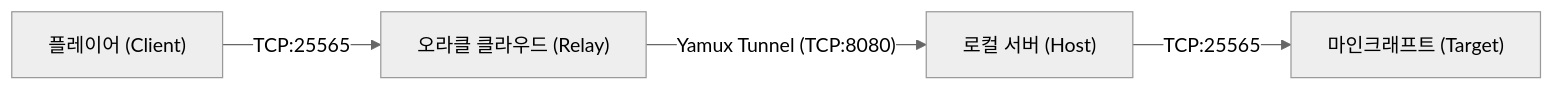
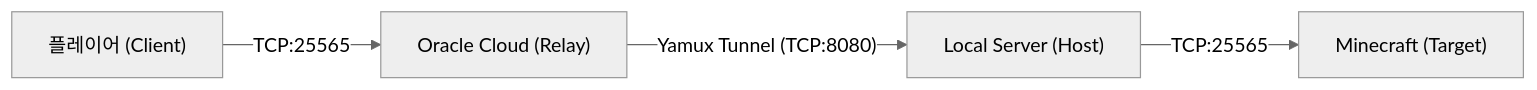
One commit to nemoproj/tunnel changed the diagram in README.md. Above: the diagram before and after it, drawn with Mermaid (neutral theme). The commit also changed other lines of this file and 13 other files, not shown here.

````diff
--- a/README.md
+++ b/README.md
@@ -10,6 +20,6 @@
 ```mermaid
 graph LR
-    Player["플레이어 (Client)"] -- "TCP:25565" --> Relay["오라클 클라우드 (Relay)"]
-    Relay -- "Yamux Tunnel (TCP:8080)" --> Host["로컬 서버 (Host)"]
-    Host -- "TCP:25565" --> MC["마인크래프트 (Target)"]
+    Player["플레이어 (Client)"] -- "TCP:25565" --> Relay["Oracle Cloud (Relay)"]
+    Relay -- "Yamux Tunnel (TCP:8080)" --> Host["Local Server (Host)"]
+    Host -- "TCP:25565" --> MC["Minecraft (Target)"]
 ```
````
